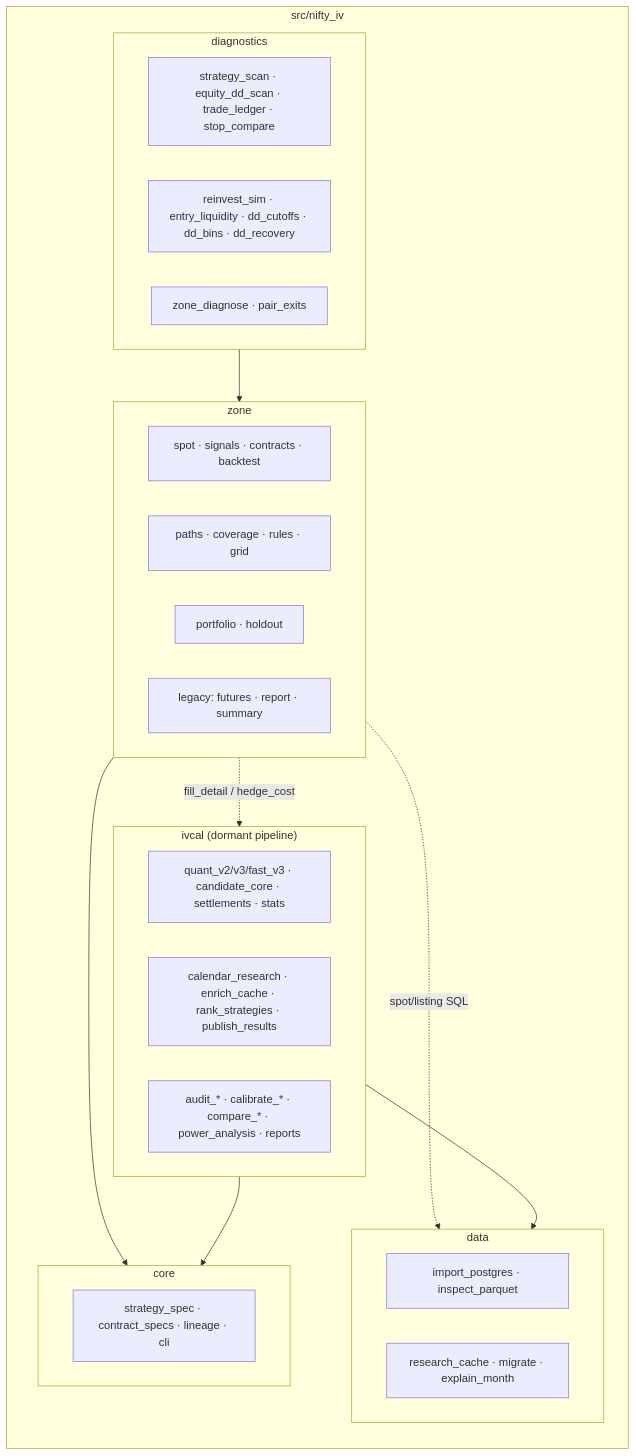
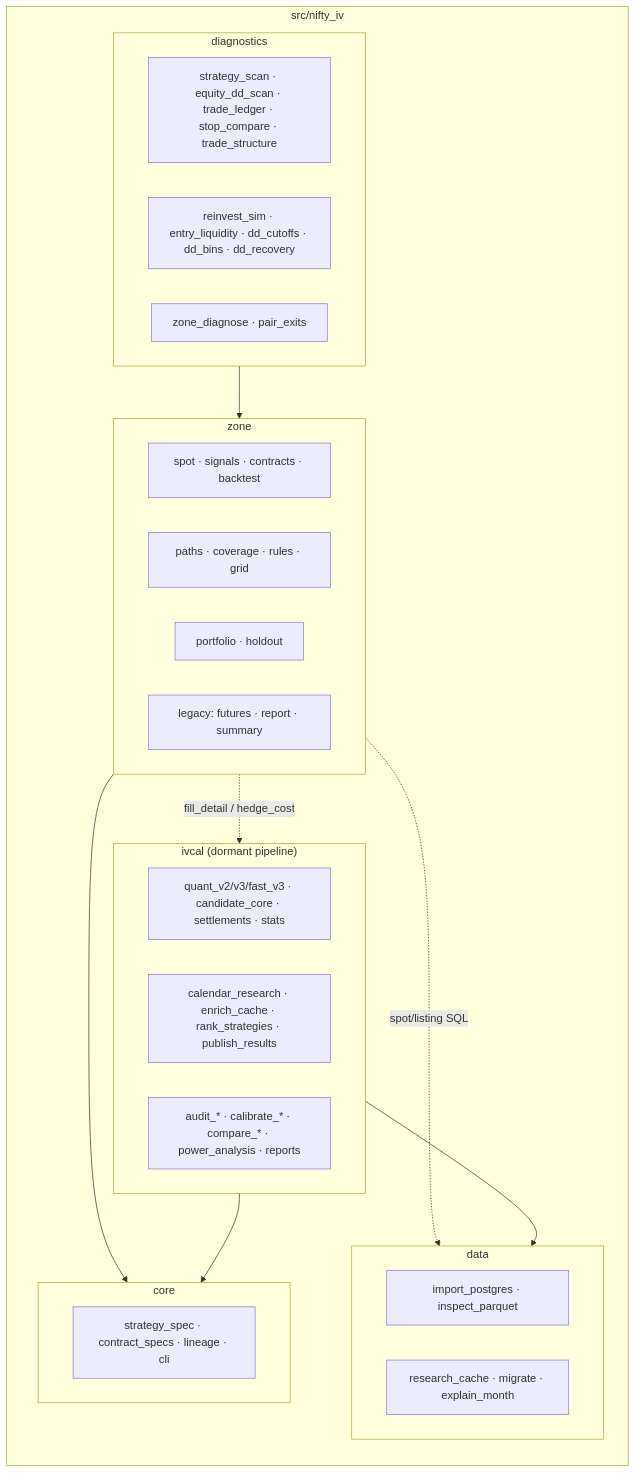
One commit to UBags/NIFTY_IV_RESEARCH changed diagram 13 of 14 in README.md. Above: the diagram before and after it, drawn with Mermaid. The commit also changed other lines of this file and 5 other files, not shown here.

First line of the commit message:
Add nifty-diag-trade-structure: exit baskets, entry scoring and sizing, period stability

````diff
--- a/README.md
+++ b/README.md
@@ -515,35 +518,35 @@
 ```mermaid
 flowchart LR
     subgraph PKG["src/nifty_iv"]
         direction TB
         subgraph CORE["core"]
             c1[strategy_spec · contract_specs · lineage · cli]
         end
         subgraph DATA["data"]
             d1[import_postgres · inspect_parquet]
             d2[research_cache · migrate · explain_month]
         end
         subgraph ZONE["zone"]
             z1[spot · signals · contracts · backtest]
             z2[paths · coverage · rules · grid]
             z3[portfolio · holdout]
             z4[legacy: futures · report · summary]
         end
         subgraph DIAG["diagnostics"]
-            g1[strategy_scan · equity_dd_scan · trade_ledger · stop_compare]
+            g1[strategy_scan · equity_dd_scan · trade_ledger · stop_compare · trade_structure]
             g2[reinvest_sim · entry_liquidity · dd_cutoffs · dd_bins · dd_recovery]
             g3[zone_diagnose · pair_exits]
         end
         subgraph IV["ivcal (dormant pipeline)"]
             i1[quant_v2/v3/fast_v3 · candidate_core · settlements · stats]
             i2[calendar_research · enrich_cache · rank_strategies · publish_results]
             i3[audit_* · calibrate_* · compare_* · power_analysis · reports]
         end
     end
     ZONE --> CORE
     ZONE -. spot/listing SQL .-> DATA
     ZONE -. fill_detail / hedge_cost .-> IV
     DIAG --> ZONE
     IV --> CORE
     IV --> DATA
 ```
````
